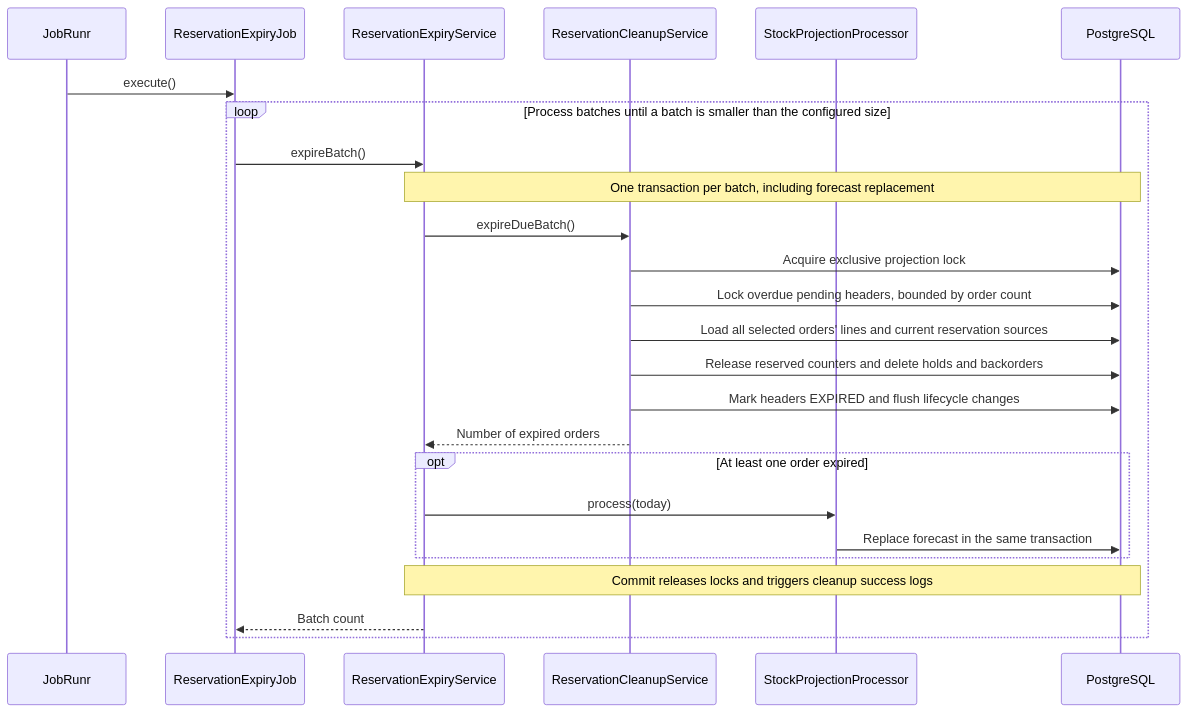
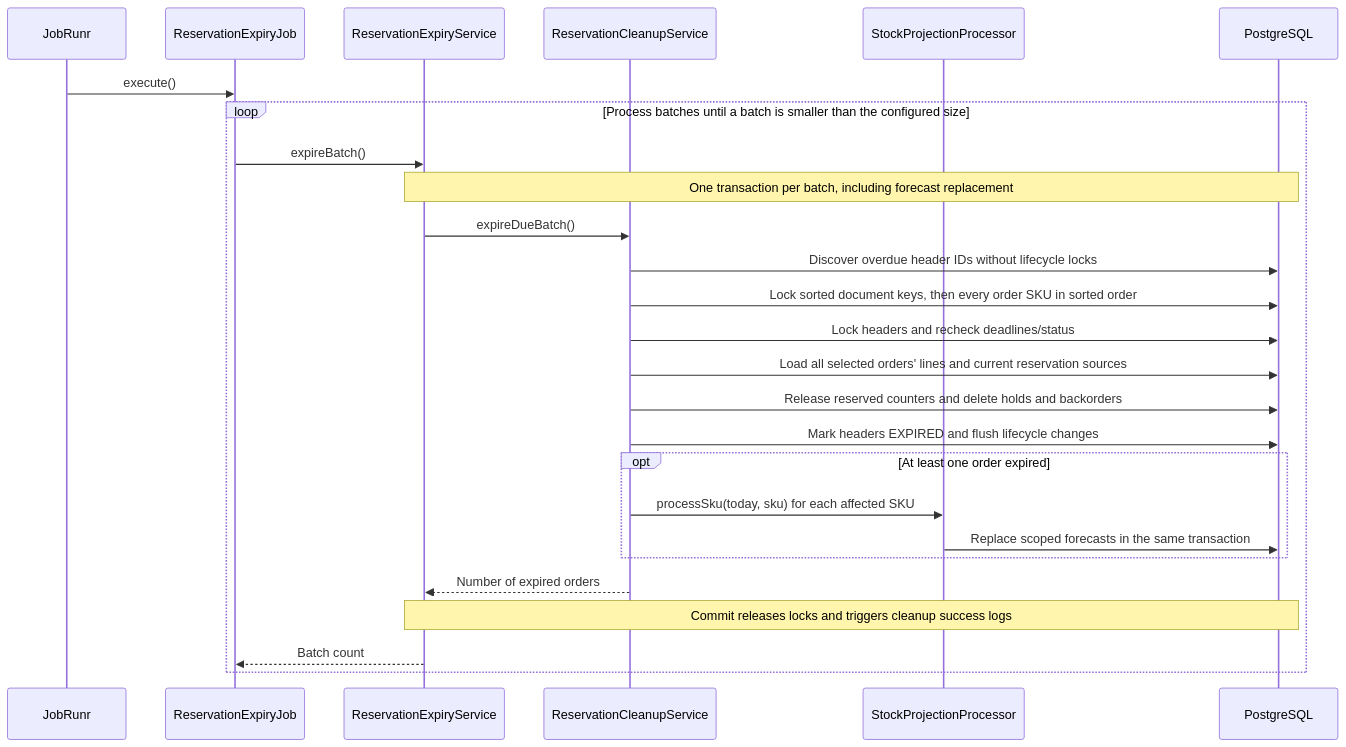
The seventh of 16 diagrams in .github/memory/architecture.md (vriesjo/stockio), drawn with Mermaid before and after one commit. The commit also changed other lines of this file and 89 other files, not shown here.

````diff
--- a/.github/memory/architecture.md
+++ b/.github/memory/architecture.md
@@ -703,28 +719,29 @@
 ```mermaid
 sequenceDiagram
     participant Runtime as JobRunr
     participant Job as ReservationExpiryJob
     participant Service as ReservationExpiryService
     participant Cleanup as ReservationCleanupService
     participant Projection as StockProjectionProcessor
     participant DB as PostgreSQL
 
     Runtime->>Job: execute()
     loop Process batches until a batch is smaller than the configured size
         Job->>Service: expireBatch()
         Note over Service,DB: One transaction per batch, including forecast replacement
         Service->>Cleanup: expireDueBatch()
-        Cleanup->>DB: Acquire exclusive projection lock
-        Cleanup->>DB: Lock overdue pending headers, bounded by order count
+        Cleanup->>DB: Discover overdue header IDs without lifecycle locks
+        Cleanup->>DB: Lock sorted document keys, then every order SKU in sorted order
+        Cleanup->>DB: Lock headers and recheck deadlines/status
         Cleanup->>DB: Load all selected orders' lines and current reservation sources
         Cleanup->>DB: Release reserved counters and delete holds and backorders
         Cleanup->>DB: Mark headers EXPIRED and flush lifecycle changes
+        opt At least one order expired
+            Cleanup->>Projection: processSku(today, sku) for each affected SKU
+            Projection->>DB: Replace scoped forecasts in the same transaction
+        end
         Cleanup-->>Service: Number of expired orders
-        opt At least one order expired
-            Service->>Projection: process(today)
-            Projection->>DB: Replace forecast in the same transaction
-        end
         Note over Service,DB: Commit releases locks and triggers cleanup success logs
         Service-->>Job: Batch count
     end
 ```
````
